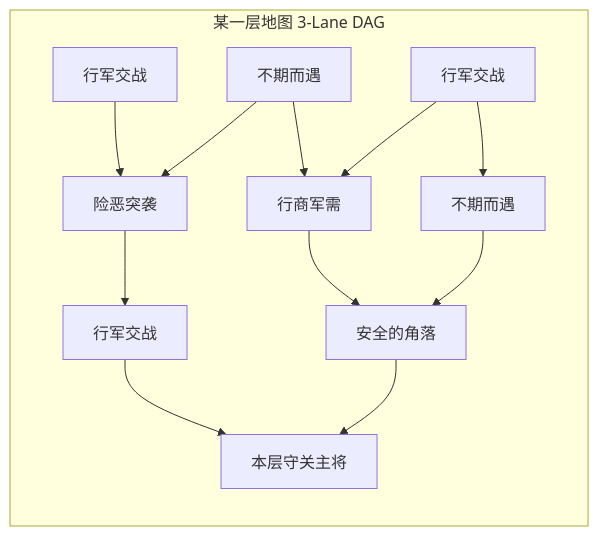
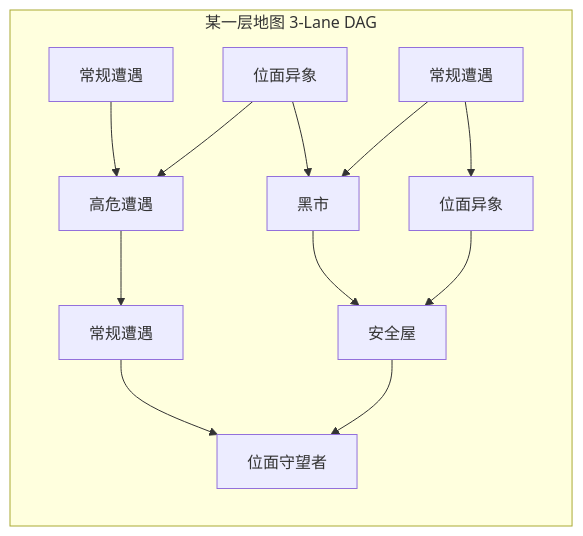
The first of 2 diagrams in Docs/ROGUE_MAP_AND_RECRUITMENT.md (dyh1127alqj/GameAndLLM), drawn with Mermaid before and after one commit. The commit also changed other lines of this file and 7 other files, not shown here.

````diff
--- a/Docs/ROGUE_MAP_AND_RECRUITMENT.md
+++ b/Docs/ROGUE_MAP_AND_RECRUITMENT.md
@@ -22,17 +42,17 @@
 ```mermaid
 graph LR
     subgraph Floor [某一层地图 3-Lane DAG]
-        N1_A[行军交战] --> N2_A[险恶突袭]
-        N1_B[不期而遇] --> N2_A
-        N1_B --> N2_B[行商军需]
-        N1_C[行军交战] --> N2_B
-        N1_C --> N2_C[不期而遇]
+        N1_A[常规遭遇] --> N2_A[高危遭遇]
+        N1_B[位面异象] --> N2_A
+        N1_B --> N2_B[黑市]
+        N1_C[常规遭遇] --> N2_B
+        N1_C --> N2_C[位面异象]
 
-        N2_A --> N3_A[行军交战]
-        N2_B --> N3_B[安全的角落]
+        N2_A --> N3_A[常规遭遇]
+        N2_B --> N3_B[安全屋]
         N2_C --> N3_B
 
-        N3_A --> Boss[本层守关主将]
+        N3_A --> Boss[位面守望者]
         N3_B --> Boss
     end
 ```
````
